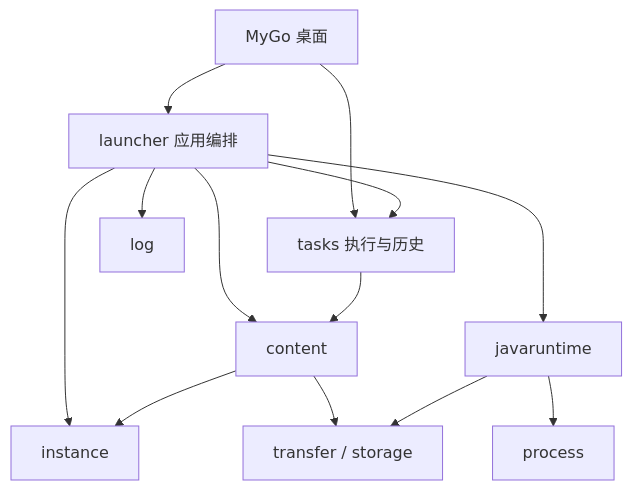
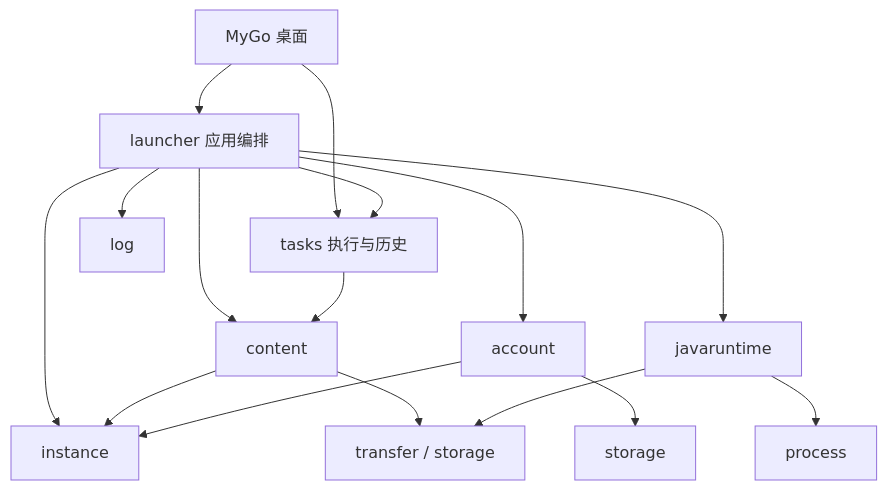
One commit to CAUCraft/LXMCL changed the diagram in docs/architecture.md. Above: the diagram before and after it, drawn with Mermaid. The commit also changed other lines of this file and 29 other files, not shown here.

Commit message:
refactor(account): isolate authentication and encrypted credential storage

````diff
--- a/docs/architecture.md
+++ b/docs/architecture.md
@@ -24,15 +25,18 @@
 ```mermaid
 flowchart TD
     UI[MyGo 桌面] --> Launcher[launcher 应用编排]
     UI --> Tasks[tasks 执行与历史]
     Launcher --> Tasks
+    Launcher --> Account[account]
     Launcher --> Java[javaruntime]
     Launcher --> Content[content]
     Launcher --> Instance[instance]
     Tasks --> Content
     Content --> Instance
     Content --> Transfer[transfer / storage]
     Java --> Transfer
     Java --> Process[process]
+    Account --> Instance
+    Account --> Storage[storage]
     Launcher --> Logs[log]
 ```
````
